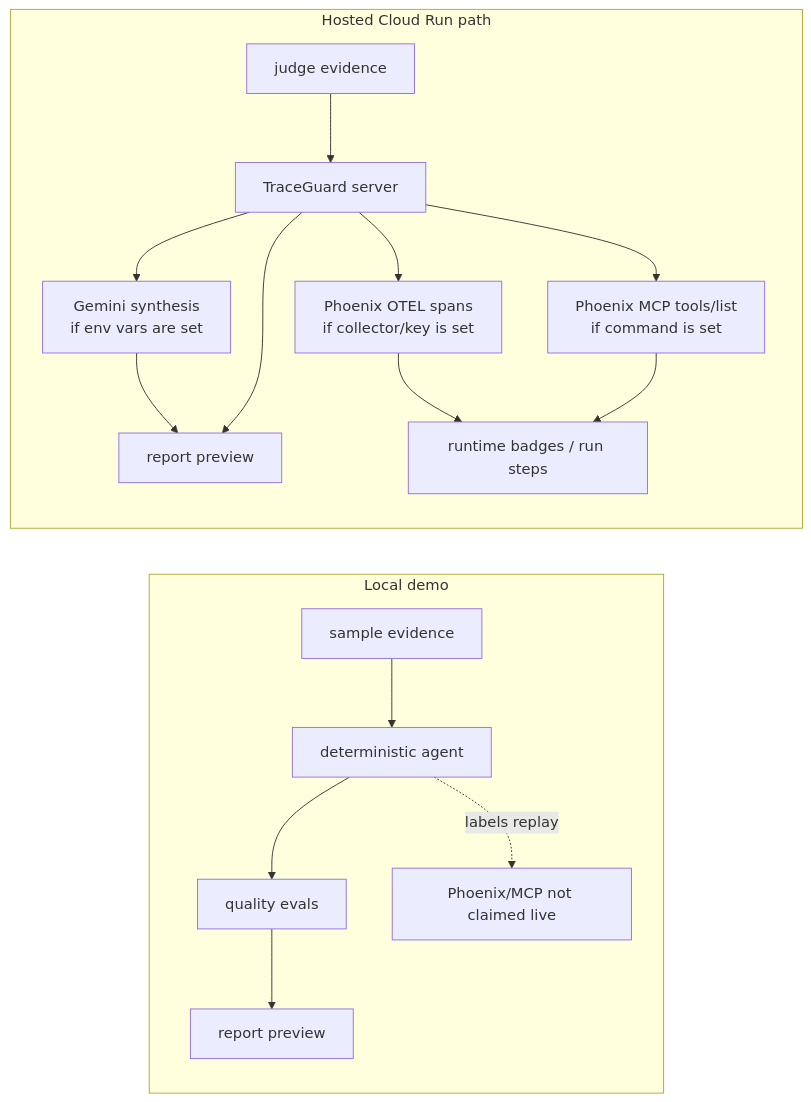
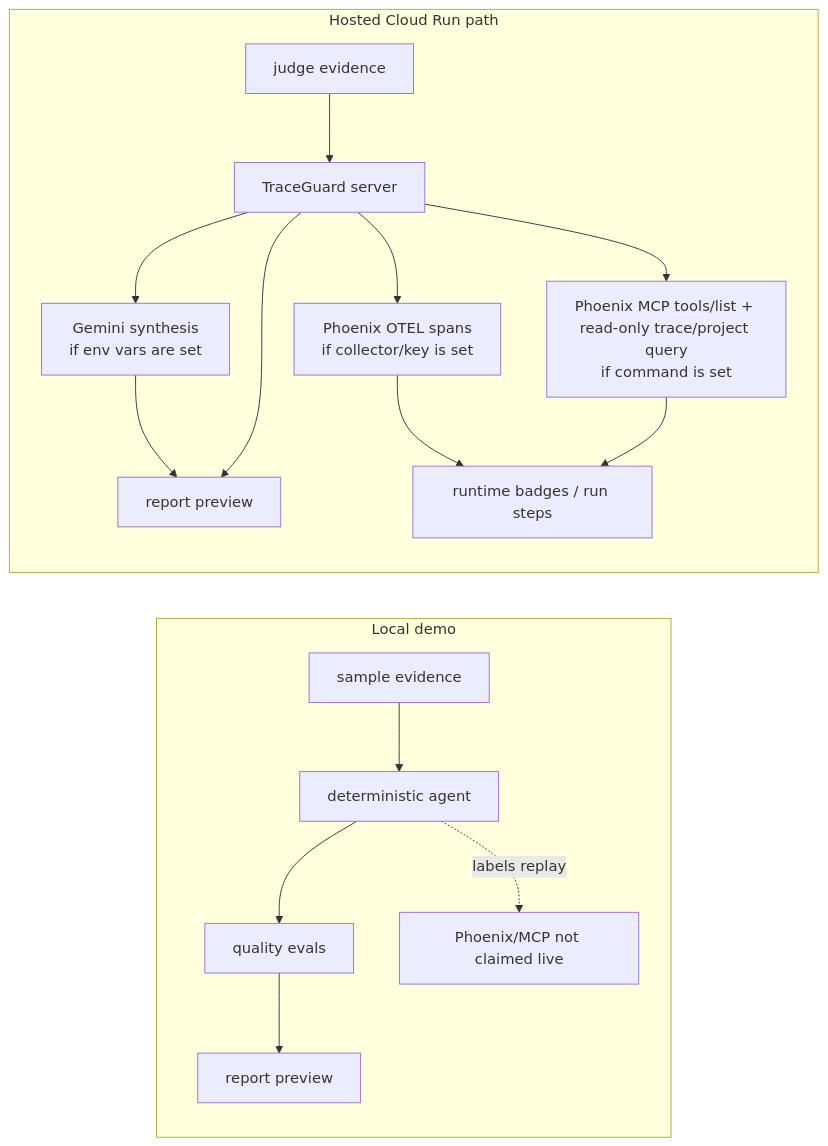
The second of 2 diagrams in PROJECT_VISUALIZATION.md (Lockelamoree/TraceGuard), drawn with Mermaid before and after one commit. The commit also changed other lines of this file and 12 other files, not shown here.

Commit message:
Deepen Phoenix MCP and document ADK runtime

````diff
--- a/PROJECT_VISUALIZATION.md
+++ b/PROJECT_VISUALIZATION.md
@@ -30,20 +30,20 @@
 ```mermaid
 flowchart LR
     subgraph local["Local demo"]
         localEvidence["sample evidence"] --> localAgent["deterministic agent"]
         localAgent --> localEvals["quality evals"]
         localEvals --> localReport["report preview"]
         localAgent -. "labels replay" .-> localPhoenix["Phoenix/MCP not claimed live"]
     end
 
     subgraph hosted["Hosted Cloud Run path"]
         hostedEvidence["judge evidence"] --> hostedAgent["TraceGuard server"]
         hostedAgent --> hostedGemini["Gemini synthesis<br/>if env vars are set"]
         hostedAgent --> hostedOtel["Phoenix OTEL spans<br/>if collector/key is set"]
-        hostedAgent --> hostedMcp["Phoenix MCP tools/list<br/>if command is set"]
+        hostedAgent --> hostedMcp["Phoenix MCP tools/list + read-only trace/project query<br/>if command is set"]
         hostedGemini --> hostedReport["report preview"]
         hostedOtel --> hostedStatus["runtime badges / run steps"]
         hostedMcp --> hostedStatus
         hostedAgent --> hostedReport
     end
 ```
````
